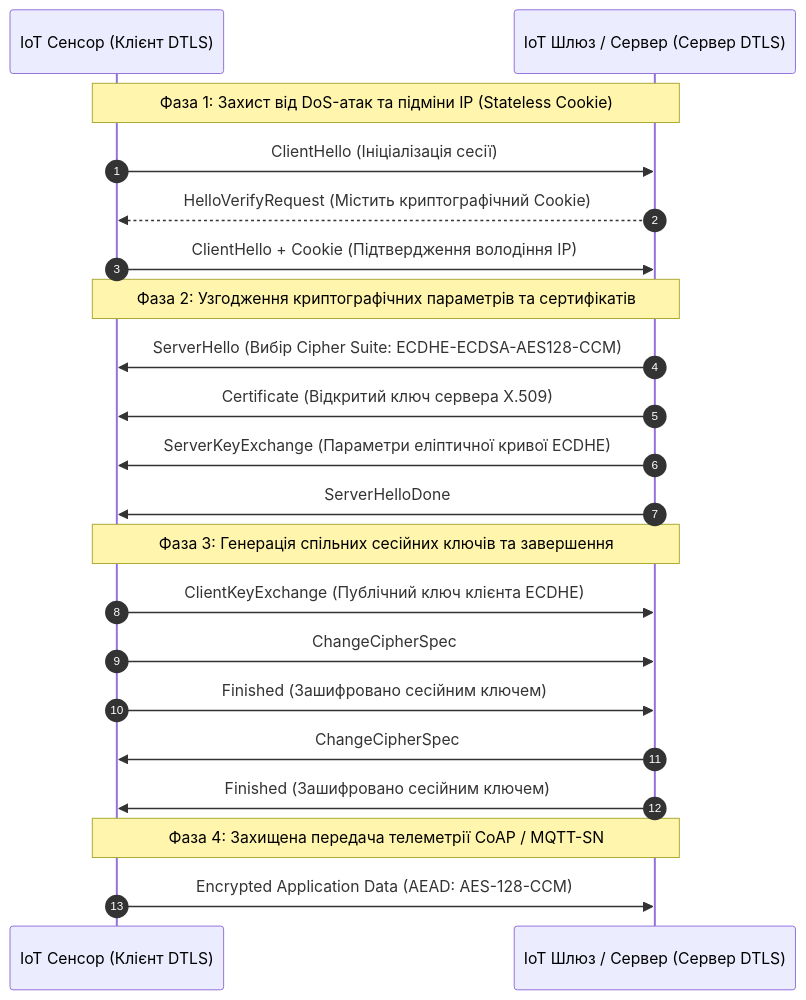
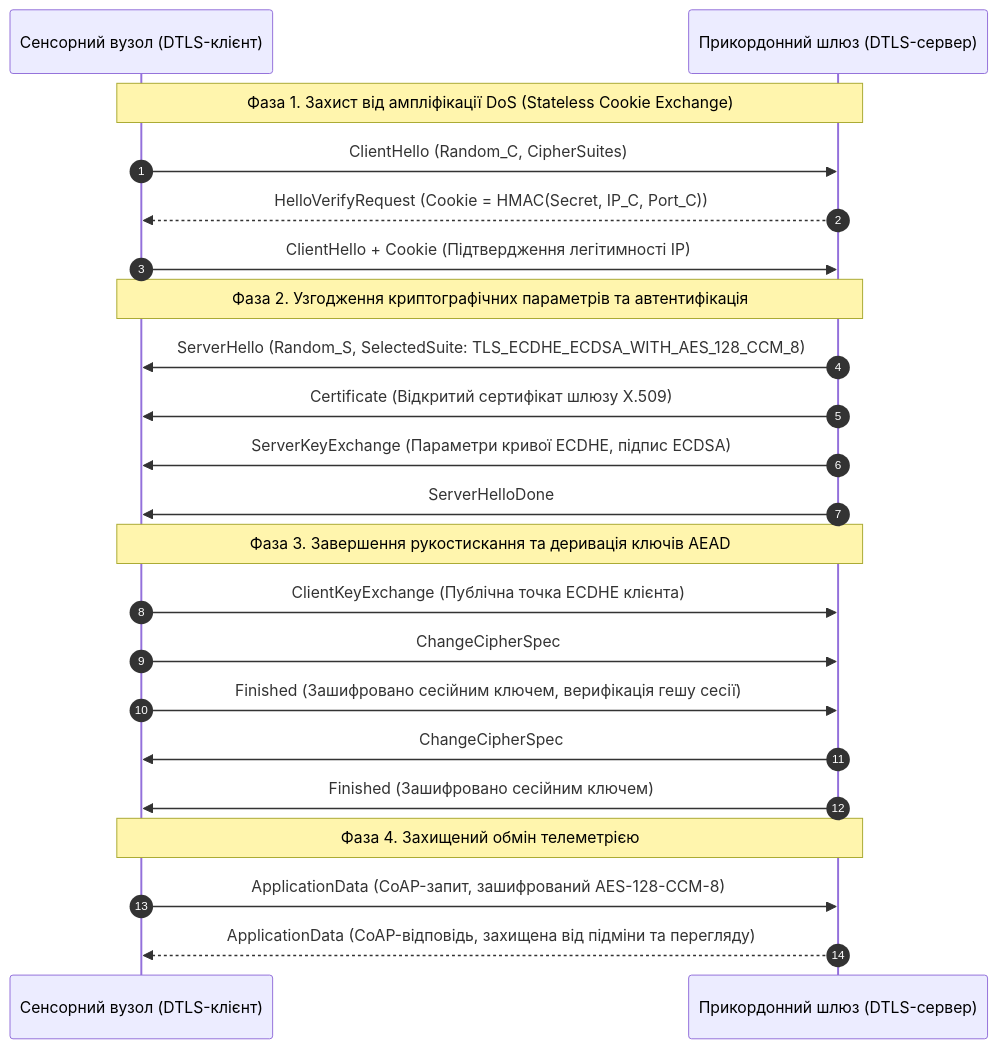
The fourth of 5 diagrams in docs/lk/lk15.md (KyryloVadurin/iot-technologies), drawn with Mermaid before and after one commit. The commit also changed other lines of this file, not shown here.

````diff
--- a/docs/lk/lk15.md
+++ b/docs/lk/lk15.md
@@ -141,27 +297,28 @@
 ```mermaid
 sequenceDiagram
     autonumber
-    participant Client as IoT Сенсор (Клієнт DTLS)
-    participant Server as IoT Шлюз / Сервер (Сервер DTLS)
+    participant Sensor as Сенсорний вузол (DTLS-клієнт)
+    participant Gateway as Прикордонний шлюз (DTLS-сервер)
 
-    Note over Client,Server: Фаза 1: Захист від DoS-атак та підміни IP (Stateless Cookie)
-    Client->>Server: ClientHello (Ініціалізація сесії)
-    Server-->>Client: HelloVerifyRequest (Містить криптографічний Cookie)
-    Client->>Server: ClientHello + Cookie (Підтвердження володіння IP)
+    Note over Sensor,Gateway: Фаза 1. Захист від ампліфікації DoS (Stateless Cookie Exchange)
+    Sensor->>Gateway: ClientHello (Random_C, CipherSuites)
+    Gateway-->>Sensor: HelloVerifyRequest (Cookie = HMAC(Secret, IP_C, Port_C))
+    Sensor->>Gateway: ClientHello + Cookie (Підтвердження легітимності IP)
 
-    Note over Client,Server: Фаза 2: Узгодження криптографічних параметрів та сертифікатів
-    Server->>Client: ServerHello (Вибір Cipher Suite: ECDHE-ECDSA-AES128-CCM)
-    Server->>Client: Certificate (Відкритий ключ сервера X.509)
-    Server->>Client: ServerKeyExchange (Параметри еліптичної кривої ECDHE)
-    Server->>Client: ServerHelloDone
+    Note over Sensor,Gateway: Фаза 2. Узгодження криптографічних параметрів та автентифікація
+    Gateway->>Sensor: ServerHello (Random_S, SelectedSuite: TLS_ECDHE_ECDSA_WITH_AES_128_CCM_8)
+    Gateway->>Sensor: Certificate (Відкритий сертифікат шлюзу X.509)
+    Gateway->>Sensor: ServerKeyExchange (Параметри кривої ECDHE, підпис ECDSA)
+    Gateway->>Sensor: ServerHelloDone
 
-    Note over Client,Server: Фаза 3: Генерація спільних сесійних ключів та завершення
-    Client->>Server: ClientKeyExchange (Публічний ключ клієнта ECDHE)
-    Client->>Server: ChangeCipherSpec
-    Client->>Server: Finished (Зашифровано сесійним ключем)
-    Server->>Client: ChangeCipherSpec
-    Server->>Client: Finished (Зашифровано сесійним ключем)
+    Note over Sensor,Gateway: Фаза 3. Завершення рукостискання та деривація ключів AEAD
+    Sensor->>Gateway: ClientKeyExchange (Публічна точка ECDHE клієнта)
+    Sensor->>Gateway: ChangeCipherSpec
+    Sensor->>Gateway: Finished (Зашифровано сесійним ключем, верифікація гешу сесії)
+    Gateway->>Sensor: ChangeCipherSpec
+    Gateway->>Sensor: Finished (Зашифровано сесійним ключем)
 
-    Note over Client,Server: Фаза 4: Захищена передача телеметрії CoAP / MQTT-SN
-    Client->>Server: Encrypted Application Data (AEAD: AES-128-CCM)
+    Note over Sensor,Gateway: Фаза 4. Захищений обмін телеметрією
+    Sensor->>Gateway: ApplicationData (CoAP-запит, зашифрований AES-128-CCM-8)
+    Gateway-->>Sensor: ApplicationData (CoAP-відповідь, захищена від підміни та перегляду)
 ```
````
